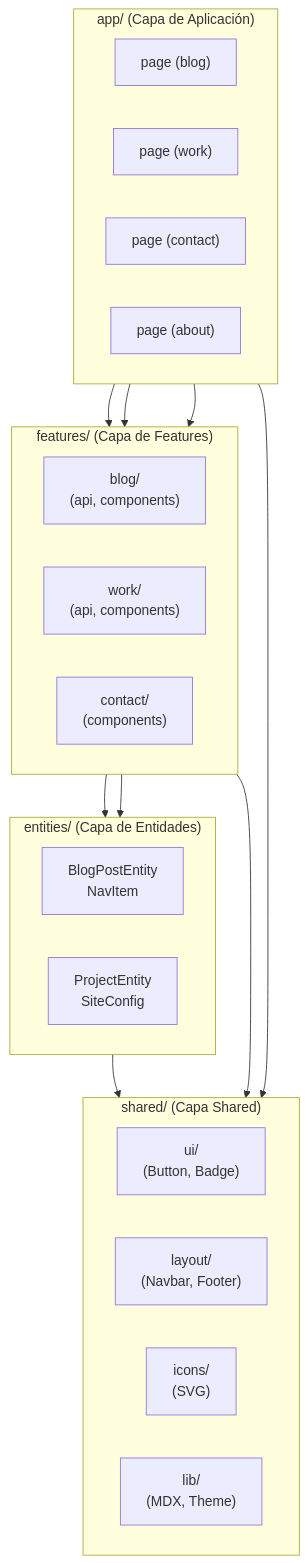
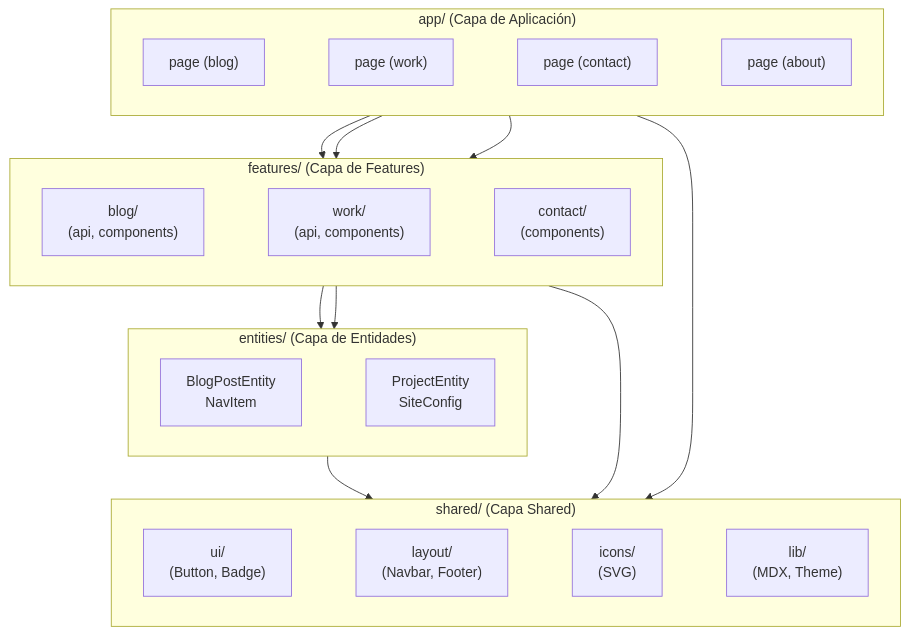
Before and after one commit to henrytaby/hatz-web01: the diagram in docs/ARCHITECTURE.md, drawn with Mermaid.

Commit message:
docs: update Mermaid architecture diagram to use horizontal spacing in subgraphs

````diff
--- a/docs/ARCHITECTURE.md
+++ b/docs/ARCHITECTURE.md
@@ -481,48 +481,39 @@
 ```mermaid
 flowchart TD
     %% Capa de Aplicación
     subgraph app["app/ (Capa de Aplicación)"]
         direction LR
-        p_blog["page (blog)"]
-        p_work["page (work)"]
-        p_contact["page (contact)"]
-        p_about["page (about)"]
+        p_blog["page (blog)"] ~~~ p_work["page (work)"] ~~~ p_contact["page (contact)"] ~~~ p_about["page (about)"]
     end
 
     %% Capa de Features
     subgraph features["features/ (Capa de Features)"]
         direction LR
-        f_blog["blog/\n(api, components)"]
-        f_work["work/\n(api, components)"]
-        f_contact["contact/\n(components)"]
+        f_blog["blog/\n(api, components)"] ~~~ f_work["work/\n(api, components)"] ~~~ f_contact["contact/\n(components)"]
     end
 
     %% Capa de Entidades
     subgraph entities["entities/ (Capa de Entidades)"]
         direction LR
-        e_blog["BlogPostEntity\nNavItem"]
-        e_work["ProjectEntity\nSiteConfig"]
+        e_blog["BlogPostEntity\nNavItem"] ~~~ e_work["ProjectEntity\nSiteConfig"]
     end
 
     %% Capa Shared
     subgraph shared["shared/ (Capa Shared)"]
         direction LR
-        s_ui["ui/\n(Button, Badge)"]
-        s_layout["layout/\n(Navbar, Footer)"]
-        s_icons["icons/\n(SVG)"]
-        s_lib["lib/\n(MDX, Theme)"]
+        s_ui["ui/\n(Button, Badge)"] ~~~ s_layout["layout/\n(Navbar, Footer)"] ~~~ s_icons["icons/\n(SVG)"] ~~~ s_lib["lib/\n(MDX, Theme)"]
     end
 
     %% Relaciones Unidireccionales
     p_blog --> f_blog
     p_work --> f_work
     p_contact --> f_contact
     
     f_blog --> entities
     f_work --> entities
     
     entities --> shared
     
     p_about --> shared
     f_contact --> shared
 ```
````
